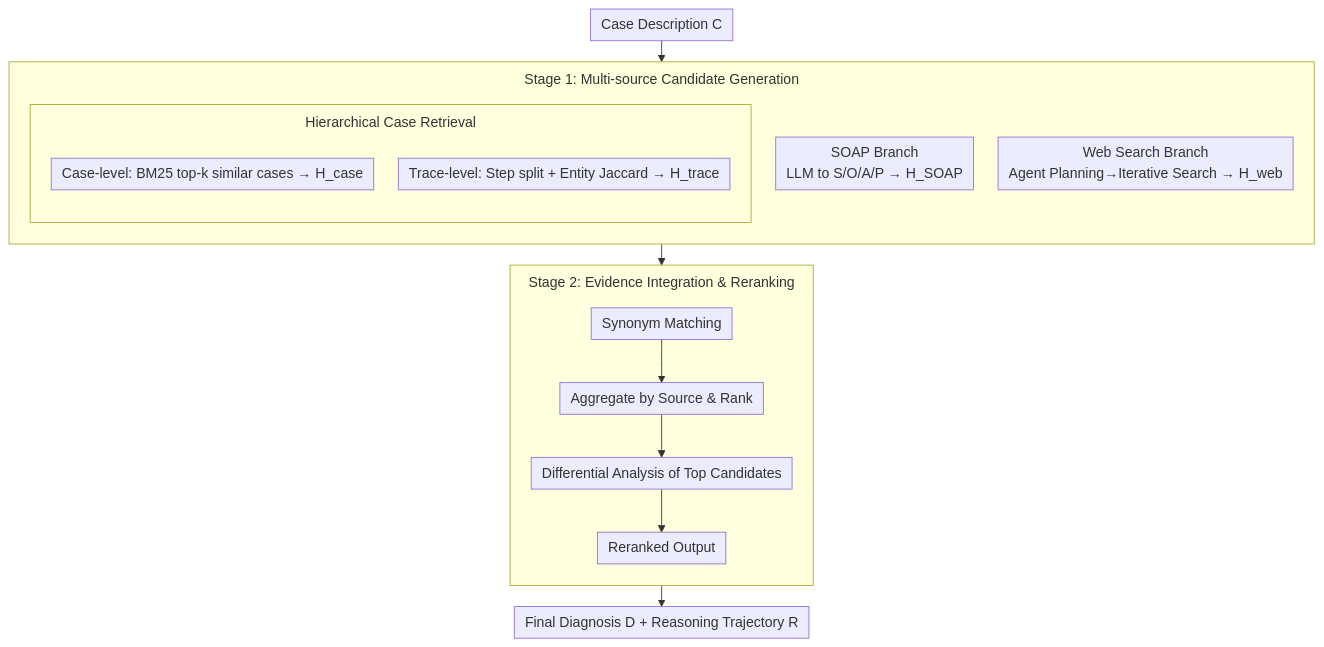
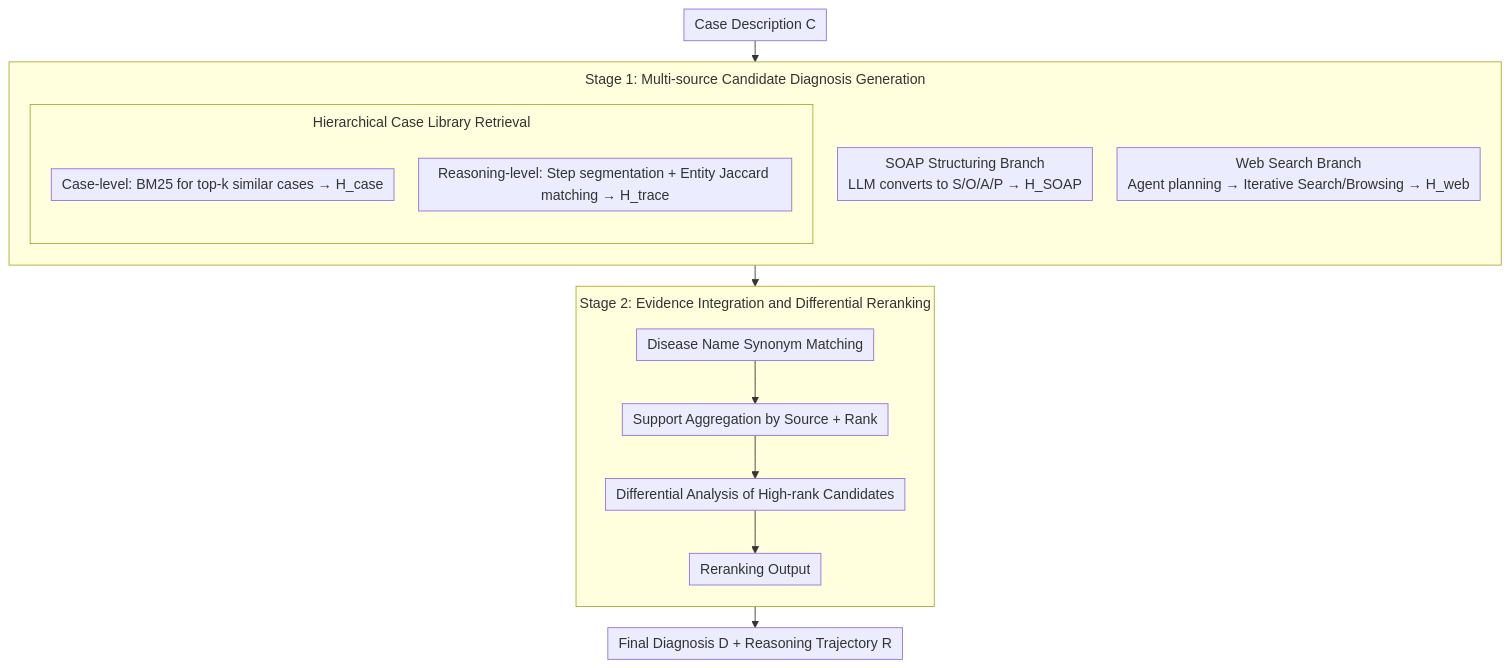
The diagram in docs/ACL2026/medical_nlp/multidx_a_multi-source_knowledge_integration_framework_towards_diagnostic_reason.md (zhaoyang97/Paper-Notes-en), drawn with Mermaid before and after one commit. The commit also changed other lines of this file and 5084 other files, not shown here.

````diff
--- a/docs/ACL2026/medical_nlp/multidx_a_multi-source_knowledge_integration_framework_towards_diagnostic_reason.md
+++ b/docs/ACL2026/medical_nlp/multidx_a_multi-source_knowledge_integration_framework_towards_diagnostic_reason.md
@@ -46,27 +46,27 @@
 ```mermaid
 %%{init: {'flowchart': {'rankSpacing': 24, 'nodeSpacing': 28, 'padding': 6, 'wrappingWidth': 400, 'subGraphTitleMargin': {'top': 8, 'bottom': 16}}}}%%
 flowchart TD
     A["Case Description C"] --> S1
 
-    subgraph S1["Stage 1: Multi-source Candidate Generation"]
+    subgraph S1["Stage 1: Multi-source Candidate Diagnosis Generation"]
         direction TB
-        SOAP["SOAP Branch<br/>LLM to S/O/A/P → H_SOAP"]
-        WEB["Web Search Branch<br/>Agent Planning→Iterative Search → H_web"]
-        subgraph HIER["Hierarchical Case Retrieval"]
+        SOAP["SOAP Structuring Branch<br/>LLM converts to S/O/A/P → H_SOAP"]
+        WEB["Web Search Branch<br/>Agent planning → Iterative Search/Browsing → H_web"]
+        subgraph HIER["Hierarchical Case Library Retrieval"]
             direction TB
-            CASE["Case-level: BM25 top-k similar cases → H_case"]
-            TRACE["Trace-level: Step split + Entity Jaccard → H_trace"]
+            CASE["Case-level: BM25 for top-k similar cases → H_case"]
+            TRACE["Reasoning-level: Step segmentation + Entity Jaccard matching → H_trace"]
         end
     end
 
     S1 --> S2
 
-    subgraph S2["Stage 2: Evidence Integration & Reranking"]
+    subgraph S2["Stage 2: Evidence Integration and Differential Reranking"]
         direction TB
-        M["Synonym Matching"] --> AGG["Aggregate by Source & Rank"]
-        AGG --> DIFF["Differential Analysis of Top Candidates"]
-        DIFF --> RANK["Reranked Output"]
+        M["Disease Name Synonym Matching"] --> AGG["Support Aggregation by Source + Rank"]
+        AGG --> DIFF["Differential Analysis of High-rank Candidates"]
+        DIFF --> RANK["Reranking Output"]
     end
 
     S2 --> OUT["Final Diagnosis D + Reasoning Trajectory R"]
 ```
````
